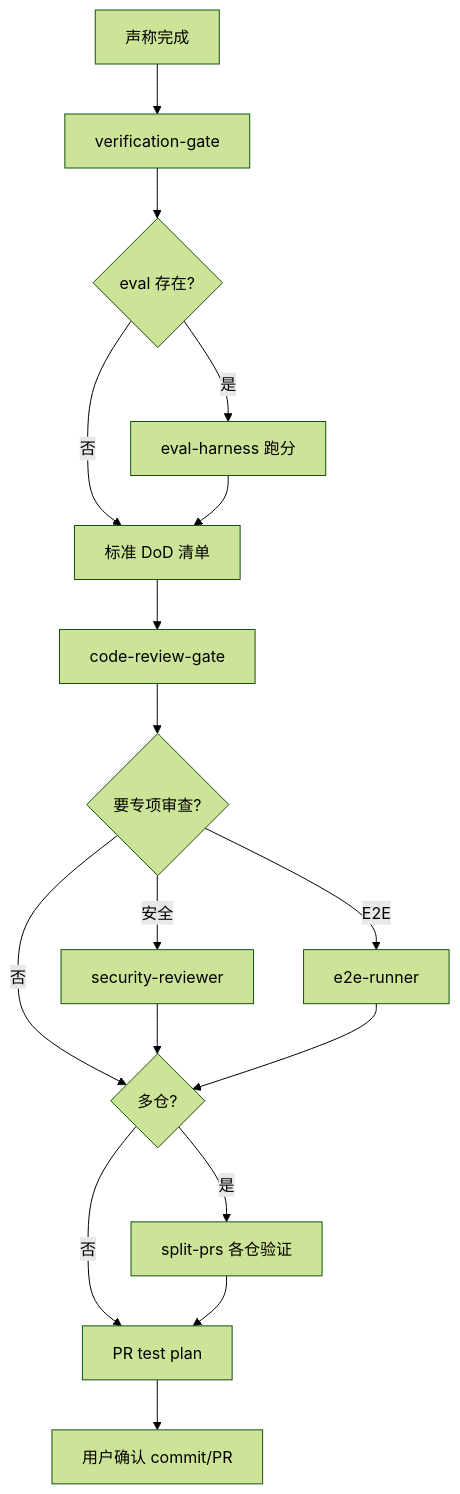
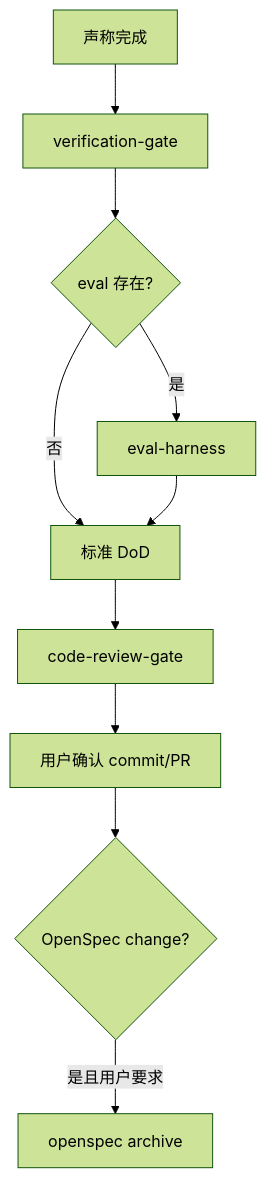
The diagram in domains/enterprise-cert/bundle/workflows/delivery.md (MyLoveou/cursor-project-spec), drawn with Mermaid (forest theme) before and after one commit. The commit also changed other lines of this file and 314 other files, not shown here.

````diff
--- a/domains/enterprise-cert/bundle/workflows/delivery.md
+++ b/domains/enterprise-cert/bundle/workflows/delivery.md
@@ -13,19 +11,12 @@
 ```mermaid
 flowchart TD
   A[声称完成] --> B[verification-gate]
   B --> C{eval 存在?}
-  C -->|是| D[eval-harness 跑分]
-  C -->|否| E[标准 DoD 清单]
+  C -->|是| D[eval-harness]
+  C -->|否| E[标准 DoD]
   D --> E
   E --> F[code-review-gate]
-  F --> G{要专项审查?}
-  G -->|安全| H[security-reviewer]
-  G -->|E2E| I[e2e-runner]
-  G -->|否| J{多仓?}
-  H --> J
-  I --> J
-  J -->|是| K[split-prs 各仓验证]
-  J -->|否| L[PR test plan]
-  K --> L
-  L --> M[用户确认 commit/PR]
+  F --> G[用户确认 commit/PR]
+  G --> H{OpenSpec change?}
+  H -->|是且用户要求| I[openspec archive]
 ```
````
